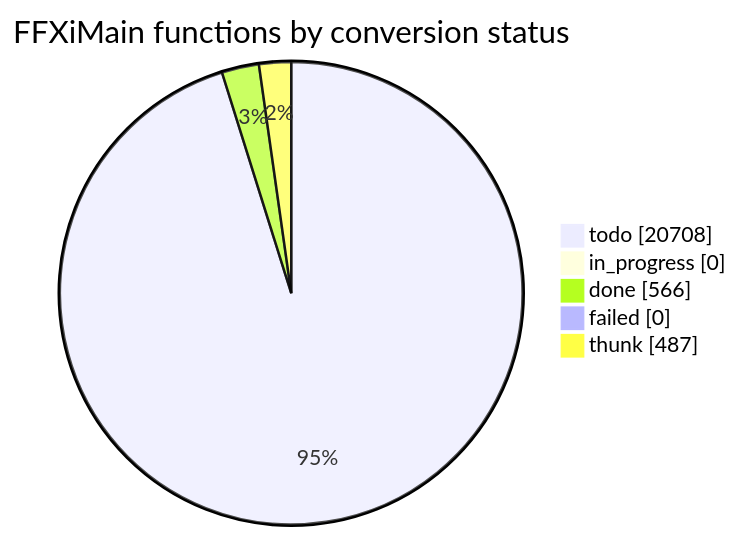
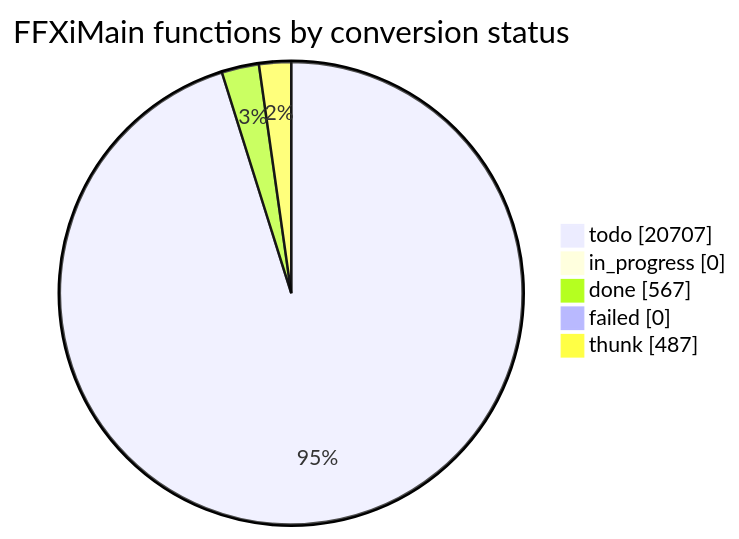
Before and after one commit to cowrevenge/cow_kuluu_xi_anything: the diagram in docs/cow/STATUS.md, drawn with Mermaid. The commit also changed other lines of this file and 9 other files, not shown here.

````diff
--- a/docs/cow/STATUS.md
+++ b/docs/cow/STATUS.md
@@ -18,9 +18,9 @@
 ```mermaid
 pie showData
     title FFXiMain functions by conversion status
-    "todo" : 20708
+    "todo" : 20707
     "in_progress" : 0
-    "done" : 566
+    "done" : 567
     "failed" : 0
     "thunk" : 487
 ```
````
